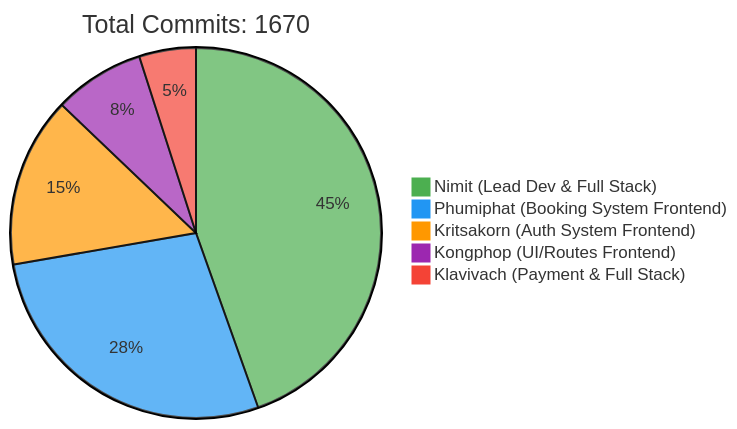
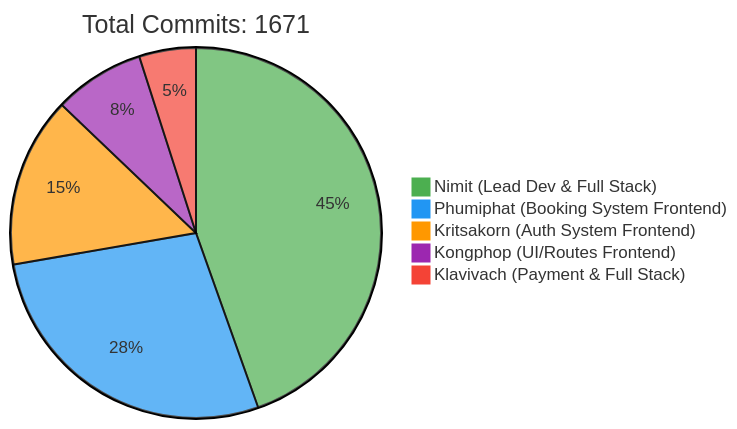
One commit to 6531503042/Sport-Complex changed the first of 2 diagrams in README.md. Above: the diagram before and after it, drawn with Mermaid. The commit also changed other lines of this file, not shown here.

Commit message:
docs: Update contributor statistics [skip ci]

````diff
--- a/README.md
+++ b/README.md
@@ -257,10 +257,10 @@
 ```mermaid
 %%{init: {'theme': 'base', 'themeVariables': { 'pie1': '#4CAF50', 'pie2': '#2196F3', 'pie3': '#FF9800', 'pie4': '#9C27B0', 'pie5': '#F44336'}}}%%
 pie
-    title Total Commits: 1670
+    title Total Commits: 1671
     "Nimit (Lead Dev & Full Stack)" : 450
     "Phumiphat (Booking System Frontend)" : 280
     "Kritsakorn (Auth System Frontend)" : 150
     "Kongphop (UI/Routes Frontend)" : 80
     "Klavivach (Payment & Full Stack)" : 50
 ```
````
